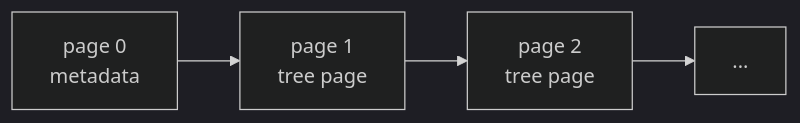
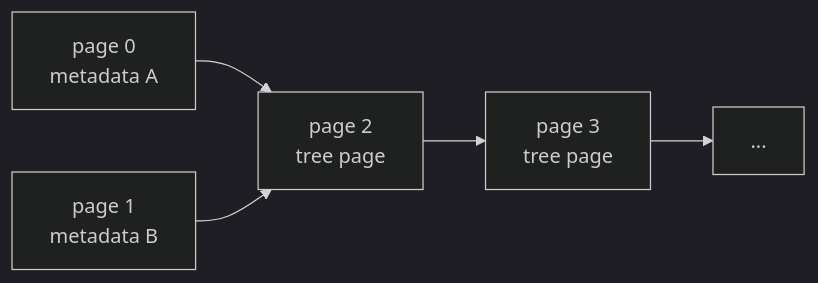
One commit to hadamrd/cow-btree-course changed the diagram in docs/08-mmap-backed-pages.md. Above: the diagram before and after it, drawn with Mermaid (dark theme). The commit also changed other lines of this file and 3 other files, not shown here.

````diff
--- a/docs/08-mmap-backed-pages.md
+++ b/docs/08-mmap-backed-pages.md
@@ -19,6 +19,7 @@
 ```mermaid
 flowchart LR
-    P0["page 0<br/>metadata"] --> P1["page 1<br/>tree page"]
-    P1 --> P2["page 2<br/>tree page"]
-    P2 --> PN["..."]
+    P0["page 0<br/>metadata A"] --> P2["page 2<br/>tree page"]
+    P1["page 1<br/>metadata B"] --> P2
+    P2 --> P3["page 3<br/>tree page"]
+    P3 --> PN["..."]
 ```
````
